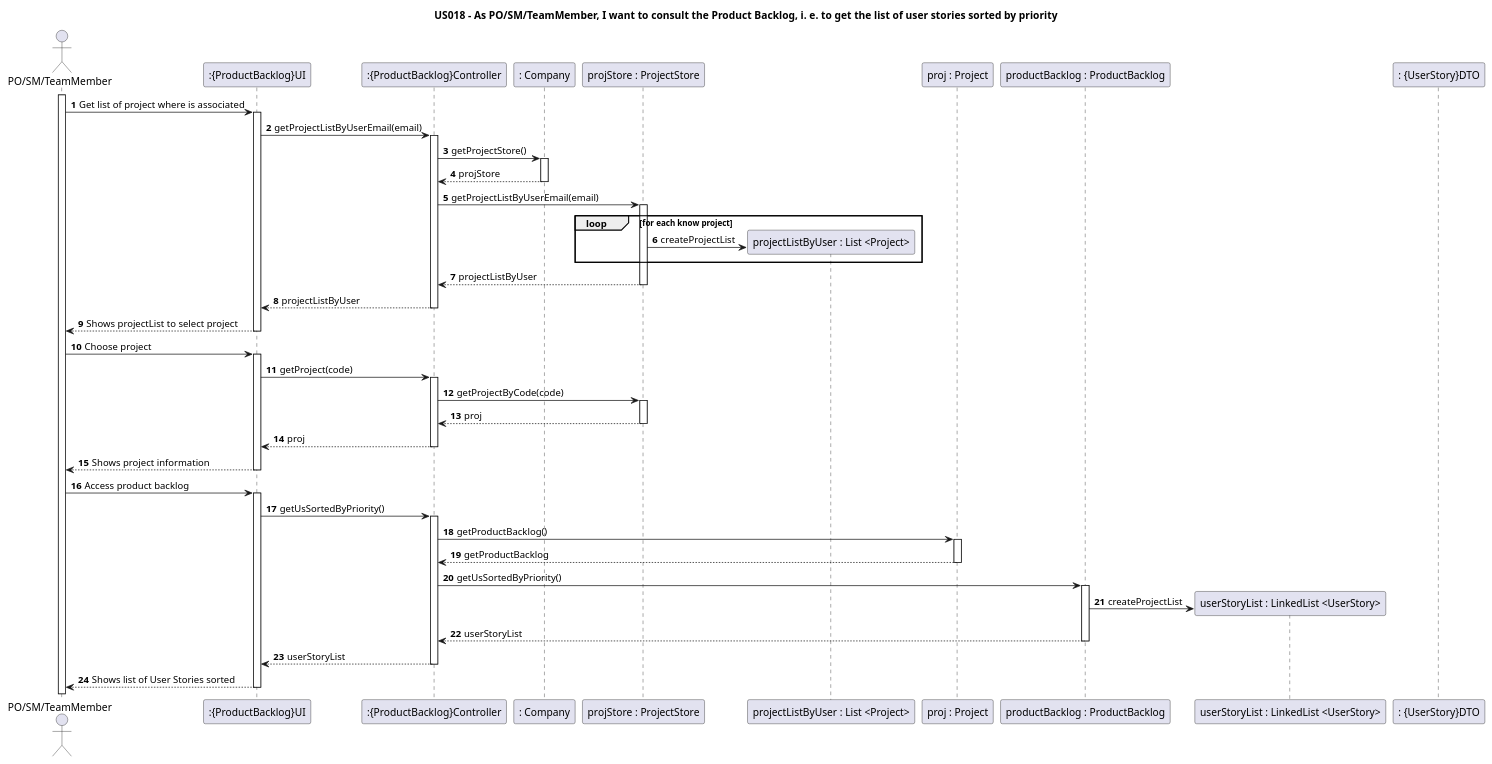
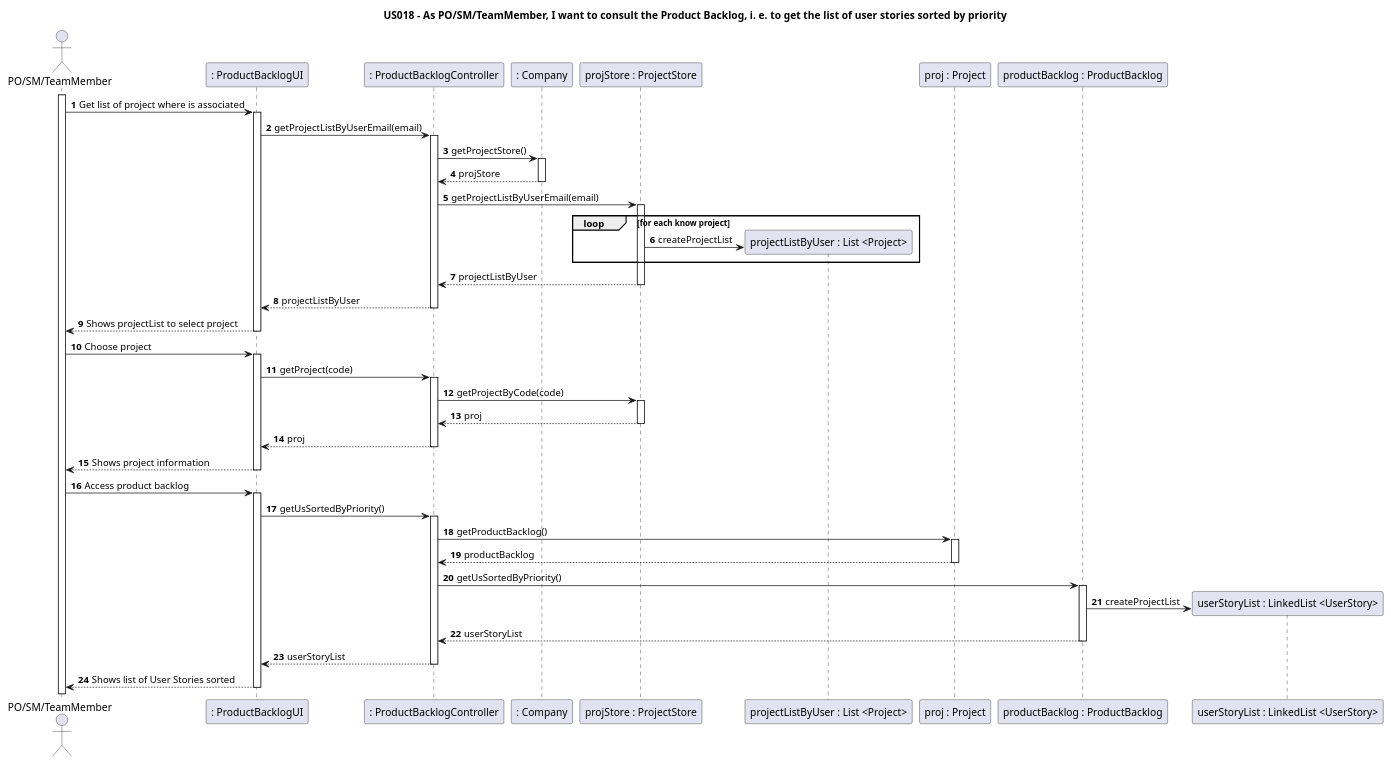
One commit to nunogon1211787/projectManagement changed the diagram in docs/US018/US18-SD.puml. Above: the diagram before and after it, drawn with PlantUML. The commit also changed 2 other files, not shown here.

Commit message:
Sequence model and class Diagram

```diff
--- a/docs/US018/US18-SD.puml
+++ b/docs/US018/US18-SD.puml
@@ -1,53 +1,52 @@
 @startuml
 'https://plantuml.com/sequence-diagram
 
 title US018 - As PO/SM/TeamMember, I want to consult the Product Backlog, i. e. to get the list of user stories sorted by priority
 
 autoactivate on
 autonumber
 
 actor "PO/SM/TeamMember" as User
-participant ":{ProductBacklog}UI" as System
-participant ":{ProductBacklog}Controller" as Ctrl
+participant ": ProductBacklogUI" as System
+participant ": ProductBacklogController" as Ctrl
 participant ": Company" as C1
 participant "projStore : ProjectStore" as C2
 participant "projectListByUser : List <Project>" as C2.1
 participant "proj : Project" as C3
 participant "productBacklog : ProductBacklog" as C4
 participant "userStoryList : LinkedList <UserStory>" as C4.1
-participant ": {UserStory}DTO" as DTO
 
 activate User
 
 User -> System: Get list of project where is associated
 System -> Ctrl: getProjectListByUserEmail(email)
 Ctrl -> C1: getProjectStore()
 C1 --> Ctrl: projStore
 Ctrl -> C2: getProjectListByUserEmail(email)
  loop for each know project
 C2 -> C2.1 ** : createProjectList
 end
 
 
 C2 --> Ctrl: projectListByUser
 Ctrl --> System: projectListByUser
 System --> User : Shows projectList to select project
 
 User -> System: Choose project
 System -> Ctrl: getProject(code)
 Ctrl -> C2 : getProjectByCode(code)
 C2 --> Ctrl : proj
 Ctrl --> System : proj
 System --> User :Shows project information
 
 User -> System: Access product backlog
 System -> Ctrl: getUsSortedByPriority()
 Ctrl-> C3 : getProductBacklog()
-C3 --> Ctrl : getProductBacklog
+C3 --> Ctrl : productBacklog
 Ctrl -> C4 : getUsSortedByPriority()
 C4 -> C4.1 ** : createProjectList
 C4-->Ctrl : userStoryList
 Ctrl --> System : userStoryList
 System --> User : Shows list of User Stories sorted
 
 @enduml
```
